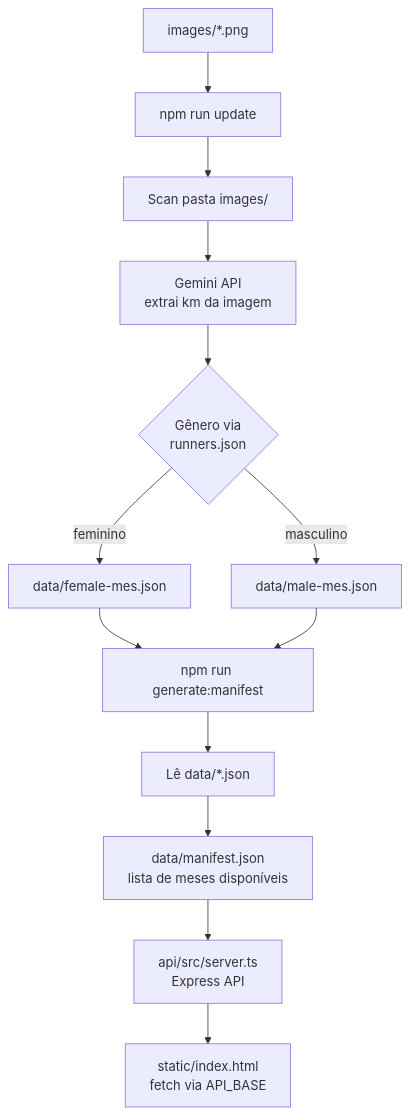
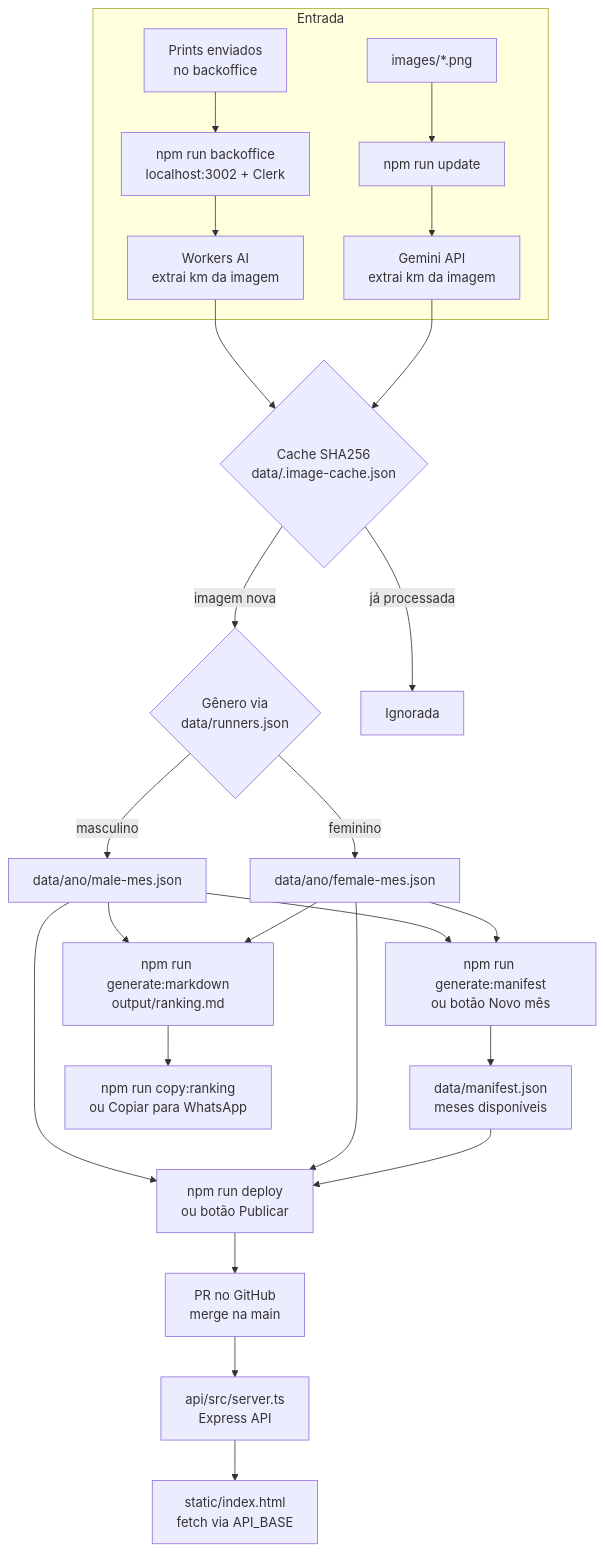
One commit to tcelestino/rt-ranking-endurance changed the diagram in README.md. Above: the diagram before and after it, drawn with Mermaid. The commit also changed other lines of this file and 2 other files, not shown here.

Commit message:
docs: atualiza fluxo do README e remove menções ao Render (#217)

````diff
--- a/README.md
+++ b/README.md
@@ -9,17 +9,32 @@
 ```mermaid
 flowchart TD
-    A[images/*.png] --> B[npm run update]
-    B --> C[Scan pasta images/]
-    C --> D[Gemini API\nextrai km da imagem]
-    D --> E{Gênero via\nrunners.json}
-    E -->|feminino| F[data/female-mes.json]
-    E -->|masculino| G[data/male-mes.json]
+    subgraph Entrada
+        A[images/*.png] --> B[npm run update]
+        B --> D[Gemini API<br/>extrai km da imagem]
+        U[Prints enviados<br/>no backoffice] --> BO[npm run backoffice<br/>localhost:3002 + Clerk]
+        BO --> W[Workers AI<br/>extrai km da imagem]
+    end
 
-    F --> H[npm run generate:manifest]
+    D --> C{Cache SHA256<br/>data/.image-cache.json}
+    W --> C
+    C -->|imagem nova| E{Gênero via<br/>data/runners.json}
+    C -->|já processada| X[Ignorada]
+    E -->|feminino| F[data/ano/female-mes.json]
+    E -->|masculino| G[data/ano/male-mes.json]
+
+    F --> H[npm run generate:manifest<br/>ou botão Novo mês]
     G --> H
-    H --> I[Lê data/*.json]
-    I --> K[data/manifest.json\nlista de meses disponíveis]
+    H --> K[data/manifest.json<br/>meses disponíveis]
 
-    K --> L[api/src/server.ts\nExpress API]
-    L --> M[static/index.html\nfetch via API_BASE]
+    F --> MD[npm run generate:markdown<br/>output/ranking.md]
+    G --> MD
+    MD --> WA[npm run copy:ranking<br/>ou Copiar para WhatsApp]
+
+    K --> DP[npm run deploy<br/>ou botão Publicar]
+    F --> DP
+    G --> DP
+    DP --> PR[PR no GitHub<br/>merge na main]
+
+    PR --> L[api/src/server.ts<br/>Express API]
+    L --> M[static/index.html<br/>fetch via API_BASE]
 ```
````
